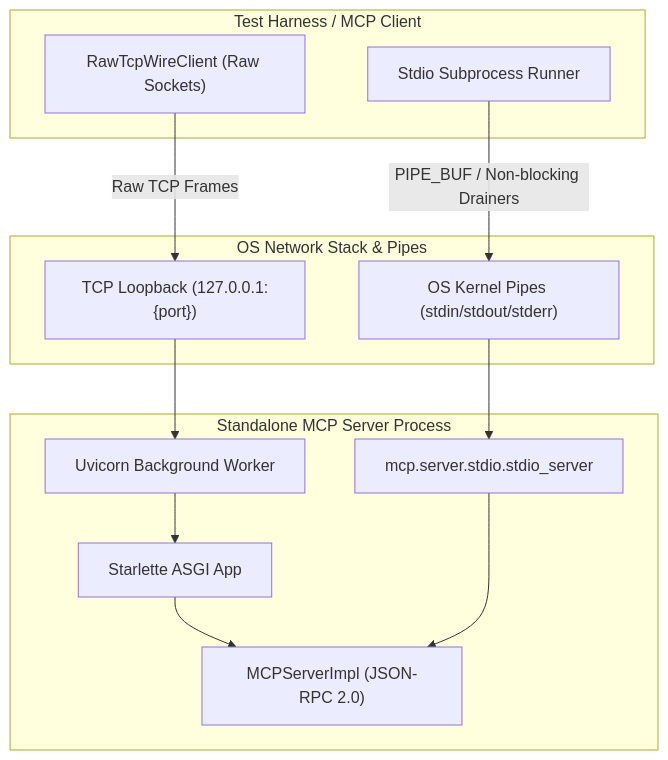
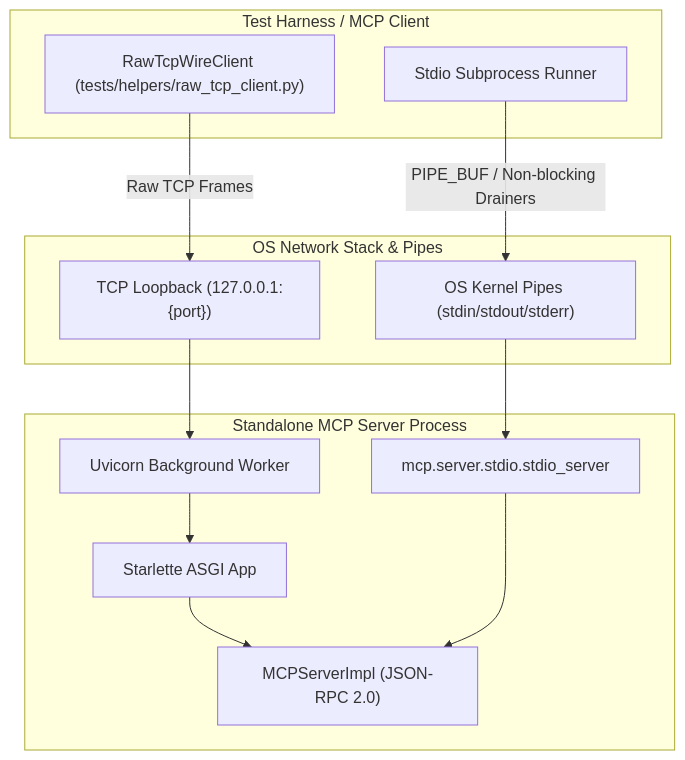
One commit to koctep/pypost changed the diagram in doc/dev/mcp_standalone_wire_ipc_stress.md. Above: the diagram before and after it, drawn with Mermaid. The commit also changed other lines of this file and 10 other files, not shown here.

First line of the commit message:
refactoring(tests): PYPOST-1428 extract RawTcpWireClient to test helper

````diff
--- a/doc/dev/mcp_standalone_wire_ipc_stress.md
+++ b/doc/dev/mcp_standalone_wire_ipc_stress.md
@@ -17,28 +31,28 @@
 ```mermaid
 flowchart TD
     subgraph ClientHarness["Test Harness / MCP Client"]
-        WireClient["RawTcpWireClient (Raw Sockets)"]
+        WireClient["RawTcpWireClient (tests/helpers/raw_tcp_client.py)"]
         StdioHarness["Stdio Subprocess Runner"]
     end
 
     subgraph NetworkStack["OS Network Stack & Pipes"]
         Loopback["TCP Loopback (127.0.0.1:{port})"]
         Pipes["OS Kernel Pipes (stdin/stdout/stderr)"]
     end
 
     subgraph StandaloneServer["Standalone MCP Server Process"]
         Uvicorn["Uvicorn Background Worker"]
         Starlette["Starlette ASGI App"]
         StdioServer["mcp.server.stdio.stdio_server"]
         ServerImpl["MCPServerImpl (JSON-RPC 2.0)"]
     end
 
     WireClient -->|Raw TCP Frames| Loopback
     Loopback --> Uvicorn
     Uvicorn --> Starlette
     Starlette --> ServerImpl
 
     StdioHarness -->|PIPE_BUF / Non-blocking Drainers| Pipes
     Pipes --> StdioServer
     StdioServer --> ServerImpl
 ```
````
